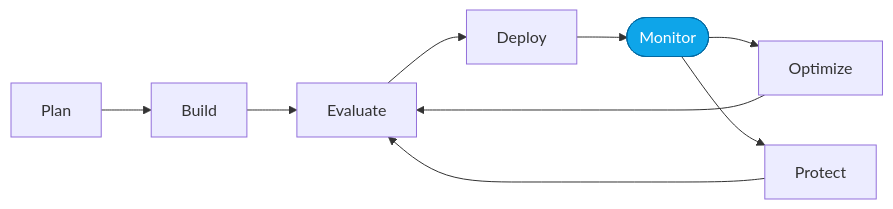
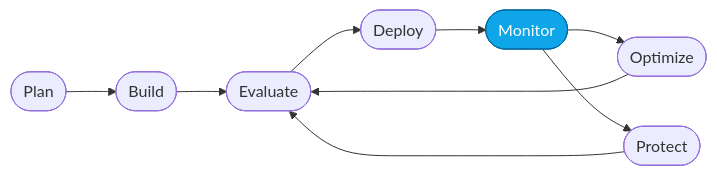
One commit to microsoft-foundry/agent-optimization-workshop changed the diagram in labs/core/01-observe-portal.md. Above: the diagram before and after it, drawn with Mermaid. The commit also changed other lines of this file and 17 other files, not shown here.

````diff
--- a/labs/core/01-observe-portal.md
+++ b/labs/core/01-observe-portal.md
@@ -13,7 +13,7 @@
 ```mermaid
 flowchart LR
-    Plan --> Build --> Evaluate --> Deploy --> Monitor([Monitor]):::active --> Optimize --> Evaluate
-    Monitor --> Protect --> Evaluate
+    Plan([Plan]) --> Build([Build]) --> Evaluate([Evaluate]) --> Deploy([Deploy]) --> Monitor([Monitor]):::active --> Optimize([Optimize]) --> Evaluate
+    Monitor --> Protect([Protect]) --> Evaluate
 
     classDef active fill:#0ea5e9,stroke:#0369a1,color:#fff;
 ```
````
